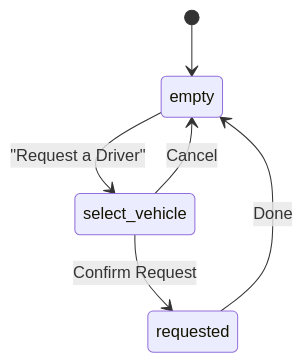
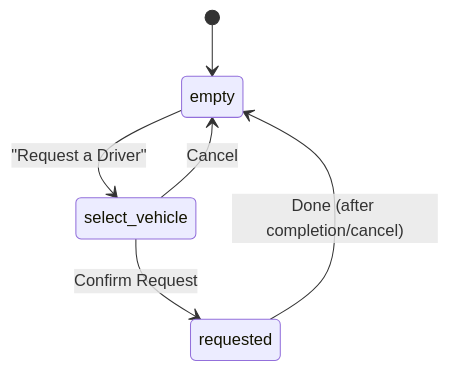
One commit to IVYIMOH/My_rider changed the fourth of 7 diagrams in docs/frontend.md. Above: the diagram before and after it, drawn with Mermaid. The commit also changed other lines of this file and 4 other files, not shown here.

Commit message:
docs: update architecture and per-system docs to current state

````diff
--- a/docs/frontend.md
+++ b/docs/frontend.md
@@ -135,8 +149,8 @@
 ```mermaid
 stateDiagram-v2
     [*] --> empty
     empty --> select_vehicle : "Request a Driver"
     select_vehicle --> empty : Cancel
     select_vehicle --> requested : Confirm Request
-    requested --> empty : Done
+    requested --> empty : Done (after completion/cancel)
 ```
````
